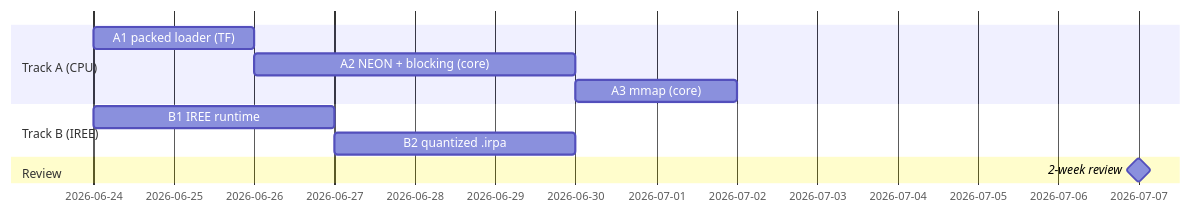
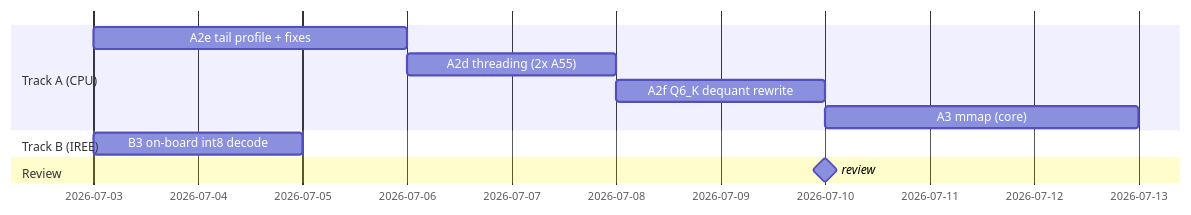
The third of 3 diagrams in tinyllama-arm/docs/PERF-LOGBOOK.md (SKaiNET-developers/SKaiNET-labs), drawn with Mermaid before and after one commit. The commit also changed other lines of this file, not shown here.

First line of the commit message:
docs(roadmap): 2026-07-03 re-rank — tail profile first (A2e); un-park IREE (B3)

````diff
--- a/tinyllama-arm/docs/PERF-LOGBOOK.md
+++ b/tinyllama-arm/docs/PERF-LOGBOOK.md
@@ -119,13 +129,13 @@
 ```mermaid
 gantt
   dateFormat YYYY-MM-DD
   section Track A (CPU)
-  A1 packed loader (TF)     :a1, 2026-06-24, 2d
-  A2 NEON + blocking (core) :a2, after a1, 4d
-  A3 mmap (core)            :a3, after a2, 2d
+  A2e tail profile + fixes  :a2e, 2026-07-03, 3d
+  A2d threading (2x A55)    :a2d, after a2e, 2d
+  A2f Q6_K dequant rewrite  :a2f, after a2d, 2d
+  A3 mmap (core)            :a3, after a2f, 3d
   section Track B (IREE)
-  B1 IREE runtime           :b1, 2026-06-24, 3d
-  B2 quantized .irpa        :b2, after b1, 3d
+  B3 on-board int8 decode   :b3, 2026-07-03, 2d
   section Review
-  2-week review             :milestone, 2026-07-07, 0d
+  review                    :milestone, 2026-07-10, 0d
 ```
````
